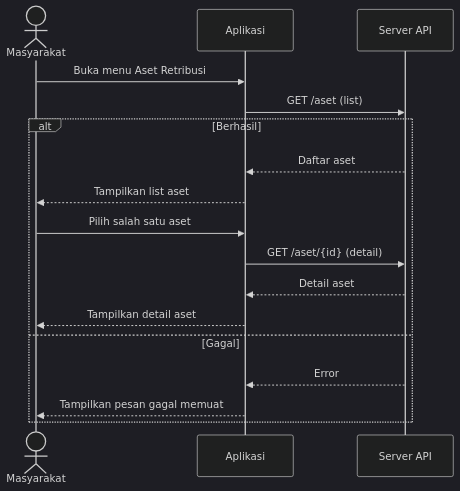
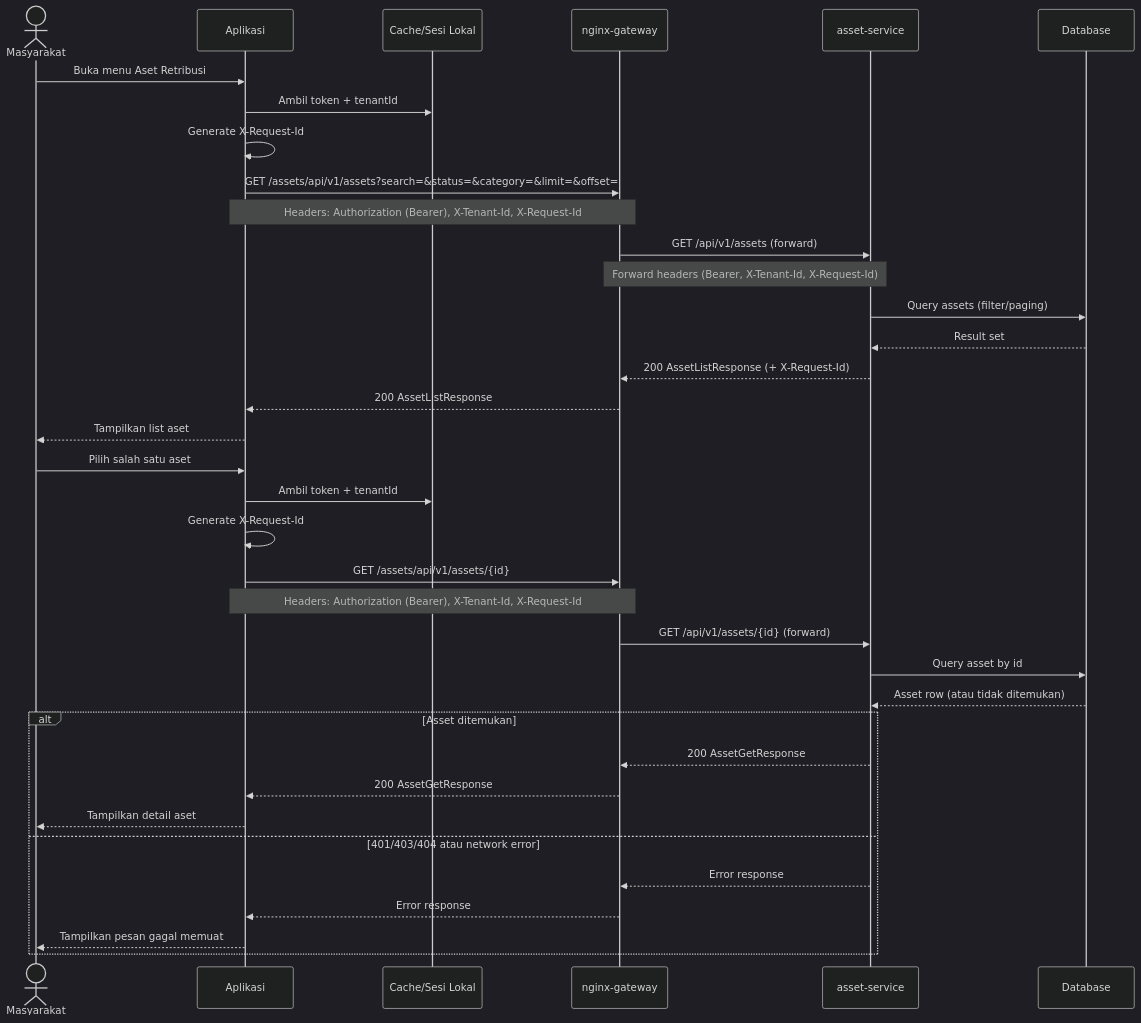
The fourth of 16 diagrams in docs/SEQUENCE_DIAGRAMS.md (hugosmrgkr/tapatupa), drawn with Mermaid (dark theme) before and after one commit. The commit also changed other lines of this file, not shown here.

Commit message:
sequence diagram2

````diff
--- a/docs/SEQUENCE_DIAGRAMS.md
+++ b/docs/SEQUENCE_DIAGRAMS.md
@@ -101,20 +101,41 @@
 ```mermaid
 sequenceDiagram
     actor U as Masyarakat
     participant App as Aplikasi
-    participant API as Server API
+    participant Cache as Cache/Sesi Lokal
+    participant GW as nginx-gateway
+    participant AS as asset-service
+    participant DB as Database
 
     U->>App: Buka menu Aset Retribusi
-    App->>API: GET /aset (list)
-    alt Berhasil
-        API-->>App: Daftar aset
-        App-->>U: Tampilkan list aset
-        U->>App: Pilih salah satu aset
-        App->>API: GET /aset/{id} (detail)
-        API-->>App: Detail aset
+    App->>Cache: Ambil token + tenantId
+    App->>App: Generate X-Request-Id
+
+    App->>GW: GET /assets/api/v1/assets?search=&status=&category=&limit=&offset=
+    Note over App,GW: Headers: Authorization (Bearer), X-Tenant-Id, X-Request-Id
+    GW->>AS: GET /api/v1/assets (forward)
+    Note over GW,AS: Forward headers (Bearer, X-Tenant-Id, X-Request-Id)
+    AS->>DB: Query assets (filter/paging)
+    DB-->>AS: Result set
+    AS-->>GW: 200 AssetListResponse (+ X-Request-Id)
+    GW-->>App: 200 AssetListResponse
+    App-->>U: Tampilkan list aset
+
+    U->>App: Pilih salah satu aset
+    App->>Cache: Ambil token + tenantId
+    App->>App: Generate X-Request-Id
+    App->>GW: GET /assets/api/v1/assets/{id}
+    Note over App,GW: Headers: Authorization (Bearer), X-Tenant-Id, X-Request-Id
+    GW->>AS: GET /api/v1/assets/{id} (forward)
+    AS->>DB: Query asset by id
+    DB-->>AS: Asset row (atau tidak ditemukan)
+    alt Asset ditemukan
+        AS-->>GW: 200 AssetGetResponse
+        GW-->>App: 200 AssetGetResponse
         App-->>U: Tampilkan detail aset
-    else Gagal
-        API-->>App: Error
+    else 401/403/404 atau network error
+        AS-->>GW: Error response
+        GW-->>App: Error response
         App-->>U: Tampilkan pesan gagal memuat
     end
 ```
````
